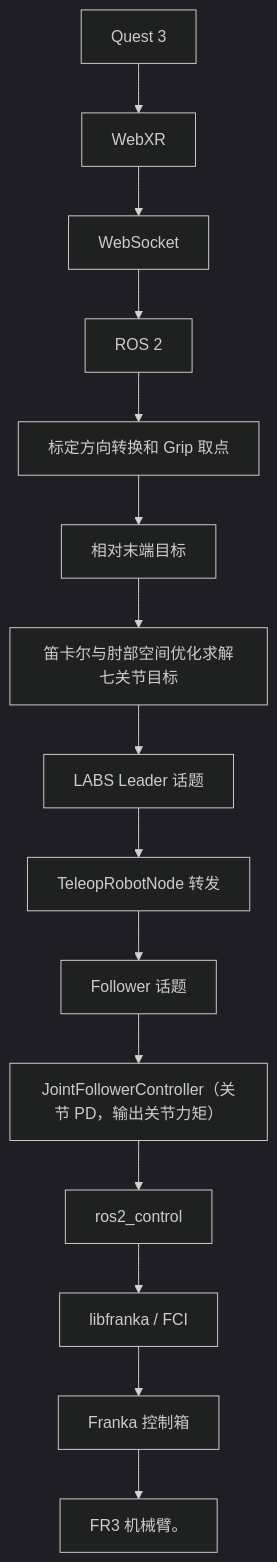
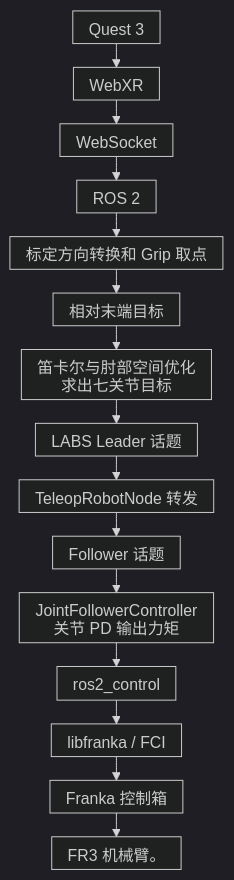
The sixth of 7 diagrams in Quest.md (YYxzz8866/Quest-Proposal), drawn with Mermaid (dark theme) before and after one commit. The commit also changed other lines of this file and 9 other files, not shown here.

````diff
--- a/Quest.md
+++ b/Quest.md
@@ -804,32 +809,33 @@
 ```mermaid
+%%{init: {"htmlLabels": false, "flowchart": {"htmlLabels": false, "useMaxWidth": true, "nodeSpacing": 16, "rankSpacing": 24, "padding": 8}}}%%
 flowchart TD
     N0["Quest 3"]
     N1["WebXR"]
     N2["WebSocket"]
     N3["ROS 2"]
     N4["标定方向转换和 Grip 取点"]
     N5["相对末端目标"]
-    N6["笛卡尔与肘部空间优化求解七关节目标"]
+    N6["笛卡尔与肘部空间优化<br/>求出七关节目标"]
     N7["LABS Leader 话题"]
     N8["TeleopRobotNode 转发"]
     N9["Follower 话题"]
-    N10["JointFollowerController（关节 PD，输出关节力矩）"]
+    N10["JointFollowerController<br/>关节 PD 输出力矩"]
     N11["ros2_control"]
     N12["libfranka / FCI"]
     N13["Franka 控制箱"]
     N14["FR3 机械臂。"]
     N0 --> N1
     N1 --> N2
     N2 --> N3
     N3 --> N4
     N4 --> N5
     N5 --> N6
     N6 --> N7
     N7 --> N8
     N8 --> N9
     N9 --> N10
     N10 --> N11
     N11 --> N12
     N12 --> N13
     N13 --> N14
 ```
````
